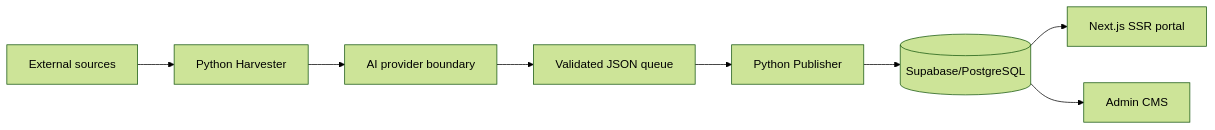
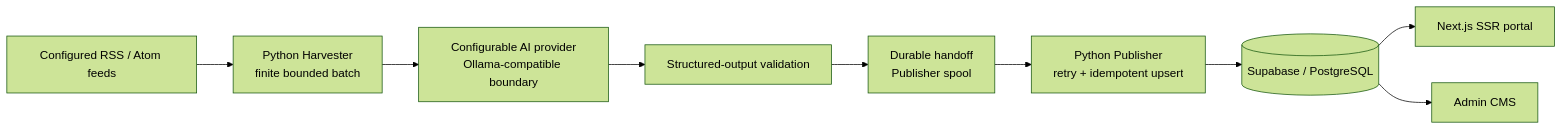
Before and after one commit to Gyliardson/little-mere-news: the diagram in README.md, drawn with Mermaid (forest theme). The commit also changed other lines of this file and 13 other files, not shown here.

````diff
--- a/README.md
+++ b/README.md
@@ -10,10 +41,11 @@
 ```mermaid
 flowchart LR
-  S[External sources] --> H[Python Harvester]
-  H --> A[AI provider boundary]
-  A --> Q[Validated JSON queue]
-  Q --> P[Python Publisher]
-  P --> DB[(Supabase/PostgreSQL)]
-  DB --> W[Next.js SSR portal]
-  DB --> C[Admin CMS]
+    Feeds["Configured RSS / Atom feeds"] --> Harvester["Python Harvester<br/>finite bounded batch"]
+    Harvester --> AI["Configurable AI provider<br/>Ollama-compatible boundary"]
+    AI --> Validate["Structured-output validation"]
+    Validate --> Queue["Durable handoff<br/>Publisher spool"]
+    Queue --> Publisher["Python Publisher<br/>retry + idempotent upsert"]
+    Publisher --> DB[(Supabase / PostgreSQL)]
+    DB --> Portal["Next.js SSR portal"]
+    DB --> CMS["Admin CMS"]
 ```
````
